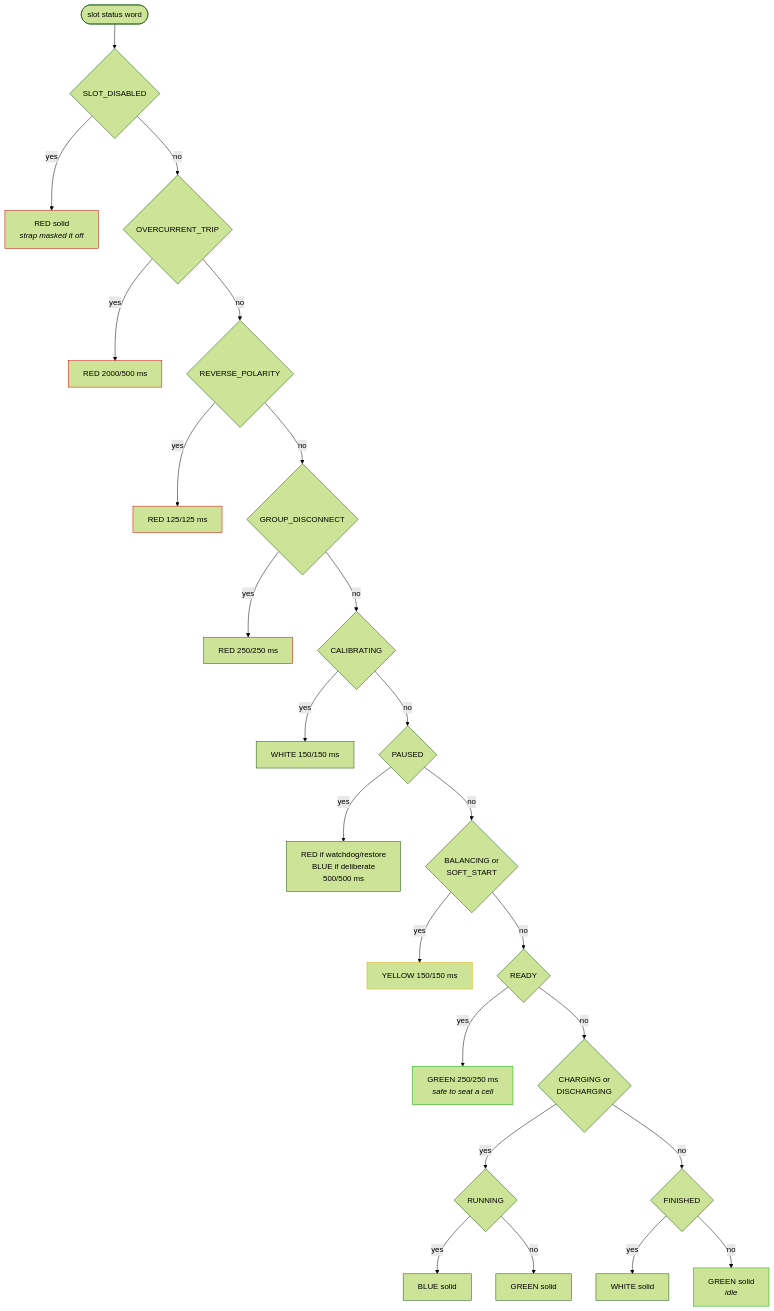
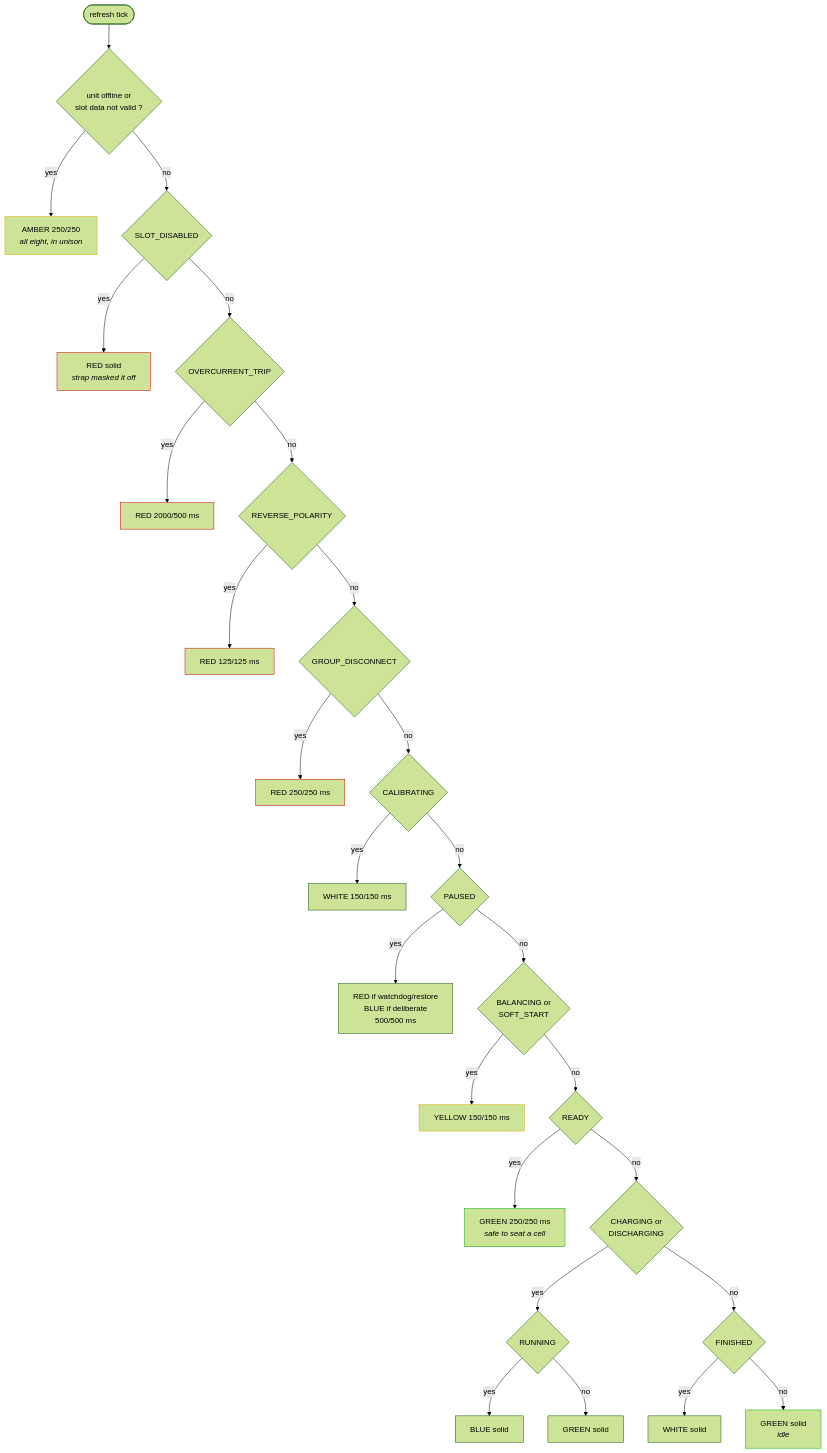
Before and after one commit to ArakniD/Lion-IRVT: the third of 3 diagrams in Hardware/source/Docs/supervision-and-state-design.md, drawn with Mermaid (forest theme). The commit also changed other lines of this file and 7 other files, not shown here.

````diff
--- a/Hardware/source/Docs/supervision-and-state-design.md
+++ b/Hardware/source/Docs/supervision-and-state-design.md
@@ -553,34 +626,37 @@
 ```mermaid
 flowchart TD
-    S(["slot status word"]) --> D{SLOT_DISABLED}
+    S(["refresh tick"]) --> OFF{"unit offline or<br/>slot data not valid ?"}
+    OFF -->|yes| AM["AMBER 250/250<br/><i>all eight, in unison</i>"]
+    OFF -->|no| D{SLOT_DISABLED}
     D -->|yes| DC["RED solid<br/><i>strap masked it off</i>"]
     D -->|no| T{OVERCURRENT_TRIP}
     T -->|yes| TC["RED 2000/500 ms"]
     T -->|no| R{REVERSE_POLARITY}
     R -->|yes| RC["RED 125/125 ms"]
     R -->|no| G{GROUP_DISCONNECT}
     G -->|yes| GC["RED 250/250 ms"]
     G -->|no| C{CALIBRATING}
     C -->|yes| CC["WHITE 150/150 ms"]
     C -->|no| P{PAUSED}
     P -->|yes| PC["RED if watchdog/restore<br/>BLUE if deliberate<br/>500/500 ms"]
     P -->|no| B{"BALANCING or<br/>SOFT_START"}
     B -->|yes| BC["YELLOW 150/150 ms"]
     B -->|no| RY{READY}
     RY -->|yes| RYC["GREEN 250/250 ms<br/><i>safe to seat a cell</i>"]
     RY -->|no| CH{"CHARGING or<br/>DISCHARGING"}
     CH -->|yes| CHC{RUNNING}
     CHC -->|yes| CHR["BLUE solid"]
     CHC -->|no| CHS["GREEN solid"]
     CH -->|no| F{FINISHED}
     F -->|yes| FC["WHITE solid"]
     F -->|no| IC["GREEN solid<br/><i>idle</i>"]
 
+    style AM stroke:#da0
     style DC stroke:#c00
     style TC stroke:#c00
     style RC stroke:#c00
     style GC stroke:#c00
     style BC stroke:#da0
     style RYC stroke:#0a0
     style IC stroke:#0a0
 ```
````
